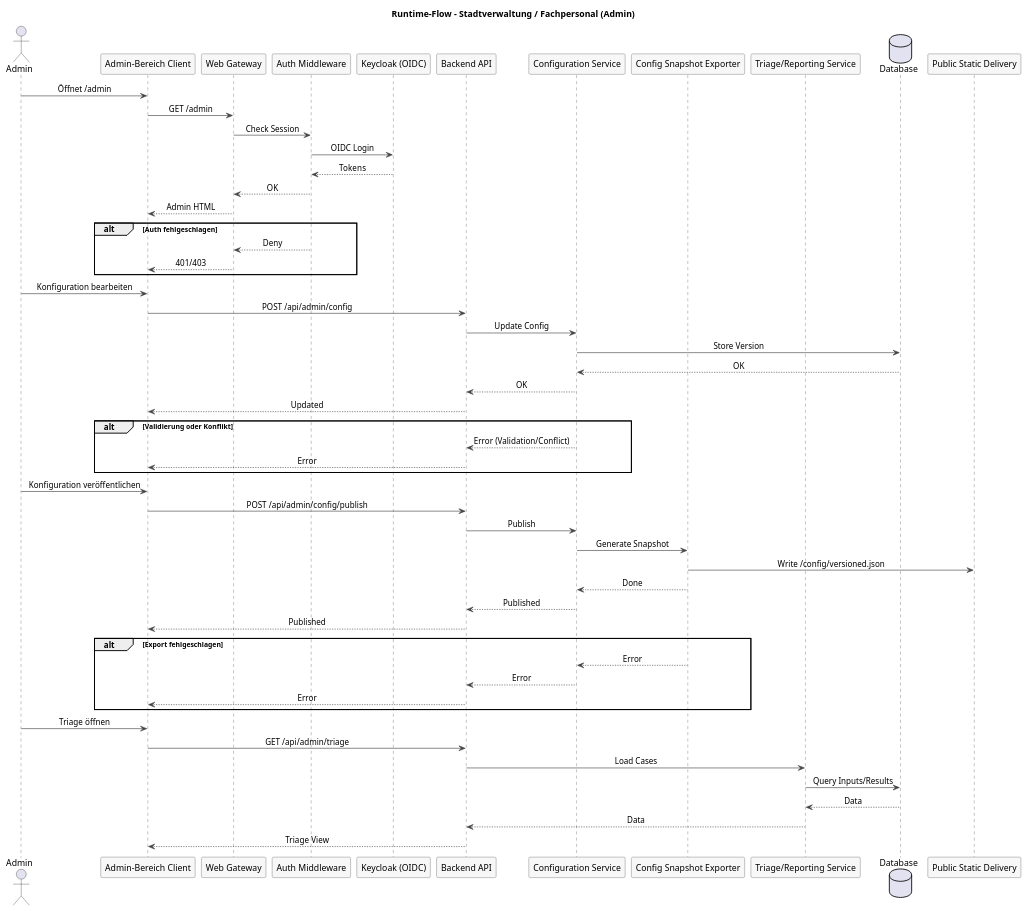
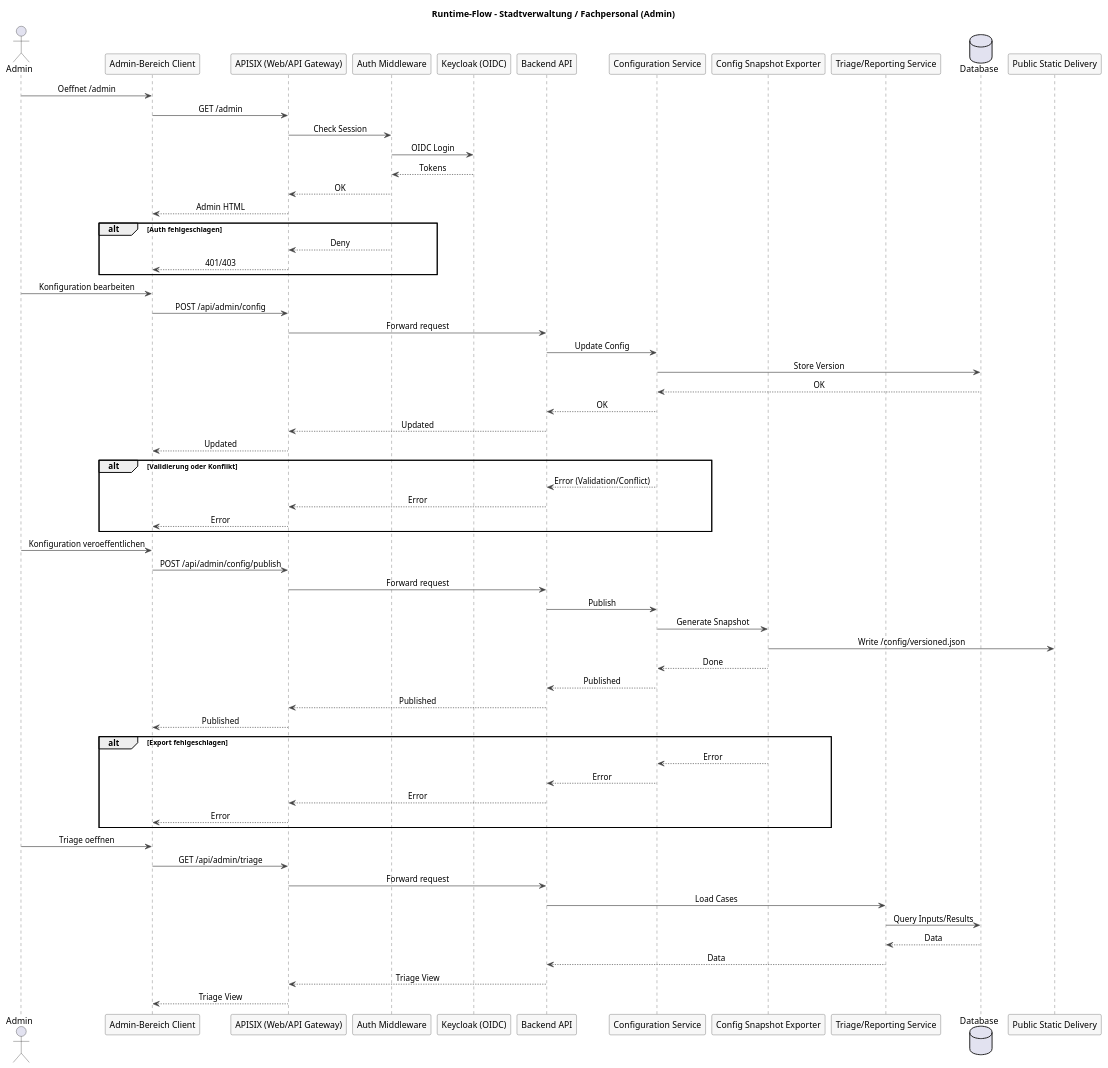
One commit to csi-FOXBYTE/Regensburg_DigitalerEnergieZwilling_Backend changed the diagram in docs/architecture/raw/runtime-flow-admin.puml. Above: the diagram before and after it, drawn with PlantUML. The commit also changed 36 other files, not shown here.

```diff
--- a/docs/architecture/raw/runtime-flow-admin.puml
+++ b/docs/architecture/raw/runtime-flow-admin.puml
@@ -1,76 +1,84 @@
 @startuml
 skinparam sequenceMessageAlign center
 skinparam responseMessageBelowArrow true
 skinparam sequence {
   ParticipantBorderColor #444444
   ParticipantBackgroundColor #F7F7F7
   LifeLineBorderColor #444444
   ArrowColor #444444
   NoteBorderColor #444444
   NoteBackgroundColor #F7F7F7
 }
 
 title Runtime-Flow - Stadtverwaltung / Fachpersonal (Admin)
 
 actor Admin as admin
 participant "Admin-Bereich Client" as client
-participant "Web Gateway" as gateway
+participant "APISIX (Web/API Gateway)" as gateway
 participant "Auth Middleware" as auth
 participant "Keycloak (OIDC)" as keycloak
 participant "Backend API" as api
 participant "Configuration Service" as config
 participant "Config Snapshot Exporter" as export
 participant "Triage/Reporting Service" as triage
 database "Database" as db
 participant "Public Static Delivery" as public_static
 
-admin -> client: Öffnet /admin
+admin -> client: Oeffnet /admin
 client -> gateway: GET /admin
 gateway -> auth: Check Session
 auth -> keycloak: OIDC Login
 keycloak --> auth: Tokens
 auth --> gateway: OK
 gateway --> client: Admin HTML
 
 alt Auth fehlgeschlagen
   auth --> gateway: Deny
   gateway --> client: 401/403
 end
 
 admin -> client: Konfiguration bearbeiten
-client -> api: POST /api/admin/config
+client -> gateway: POST /api/admin/config
+gateway -> api: Forward request
 api -> config: Update Config
 config -> db: Store Version
 db --> config: OK
 config --> api: OK
-api --> client: Updated
+api --> gateway: Updated
+gateway --> client: Updated
 
 alt Validierung oder Konflikt
   config --> api: Error (Validation/Conflict)
-  api --> client: Error
+  api --> gateway: Error
+  gateway --> client: Error
 end
 
-admin -> client: Konfiguration veröffentlichen
-client -> api: POST /api/admin/config/publish
+admin -> client: Konfiguration veroeffentlichen
+client -> gateway: POST /api/admin/config/publish
+gateway -> api: Forward request
 api -> config: Publish
 config -> export: Generate Snapshot
 export -> public_static: Write /config/versioned.json
 export --> config: Done
 config --> api: Published
-api --> client: Published
+api --> gateway: Published
+gateway --> client: Published
 
 alt Export fehlgeschlagen
   export --> config: Error
   config --> api: Error
-  api --> client: Error
+  api --> gateway: Error
+  gateway --> client: Error
 end
 
-admin -> client: Triage öffnen
-client -> api: GET /api/admin/triage
+admin -> client: Triage oeffnen
+client -> gateway: GET /api/admin/triage
+gateway -> api: Forward request
 api -> triage: Load Cases
 triage -> db: Query Inputs/Results
 db --> triage: Data
 triage --> api: Data
-api --> client: Triage View
+api --> gateway: Triage View
+gateway --> client: Triage View
 
 @enduml
```
